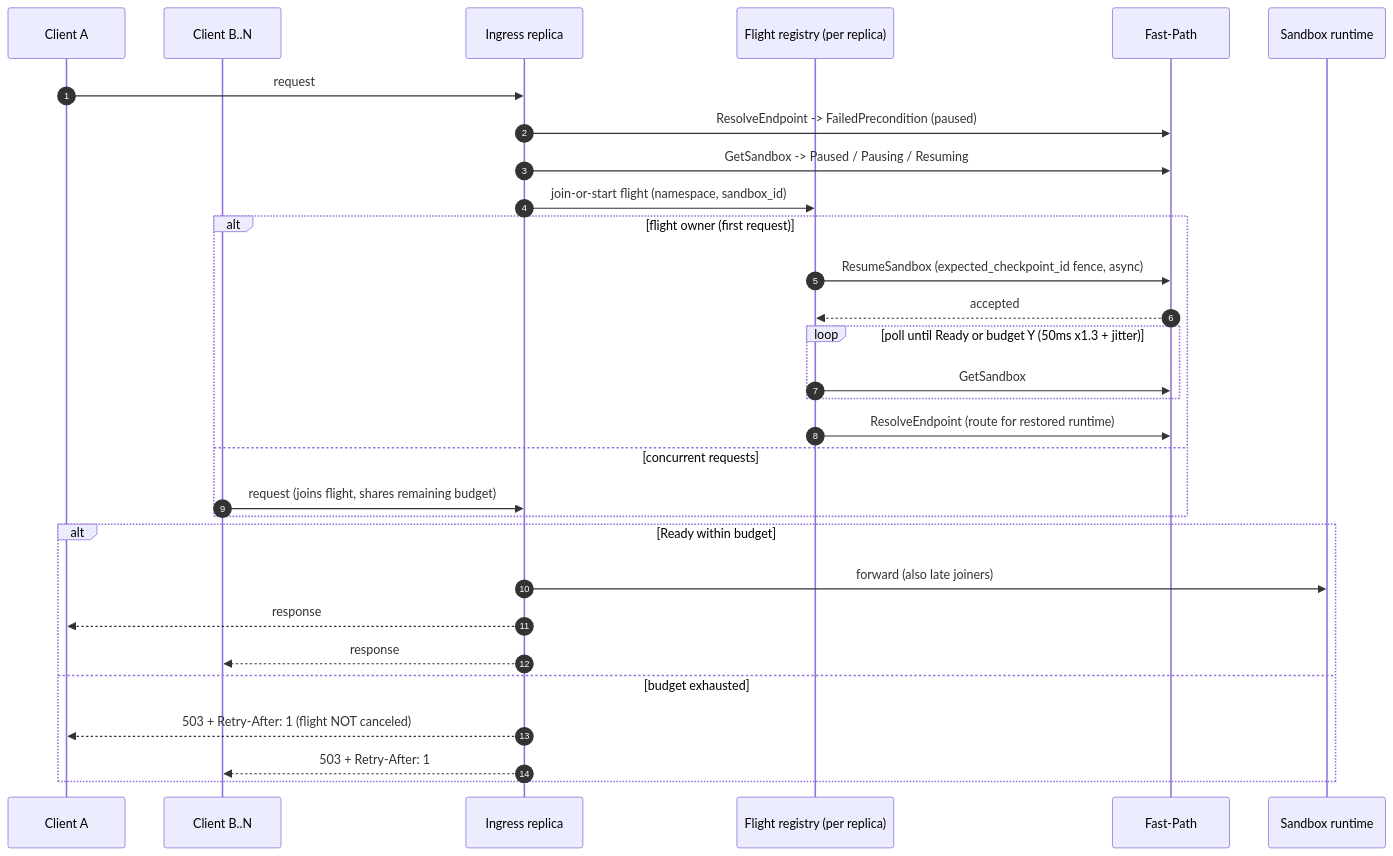
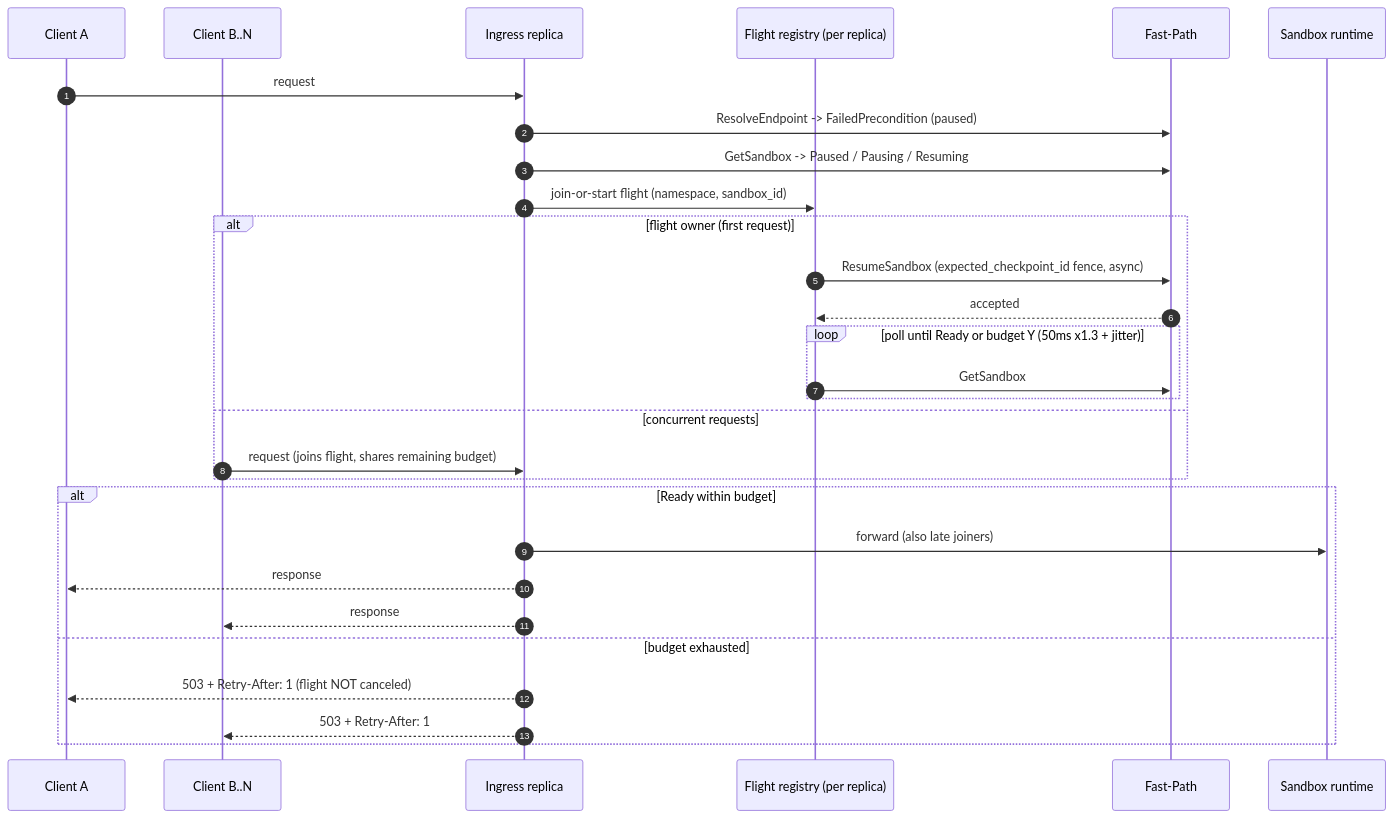
Before and after one commit to Pangjiping/OpenSandbox: the third of 3 diagrams in oseps/0024-auto-pause-and-wake-on-access-for-fast-sandbox.md, drawn with Mermaid. The commit also changed other lines of this file, not shown here.

````diff
--- a/oseps/0024-auto-pause-and-wake-on-access-for-fast-sandbox.md
+++ b/oseps/0024-auto-pause-and-wake-on-access-for-fast-sandbox.md
@@ -263,33 +263,32 @@
 ```mermaid
 sequenceDiagram
     autonumber
     participant C1 as Client A
     participant C2 as Client B..N
     participant IG as Ingress replica
     participant SF as Flight registry (per replica)
     participant FP as Fast-Path
     participant VM as Sandbox runtime
 
     C1->>IG: request
     IG->>FP: ResolveEndpoint -> FailedPrecondition (paused)
     IG->>FP: GetSandbox -> Paused / Pausing / Resuming
     IG->>SF: join-or-start flight (namespace, sandbox_id)
     alt flight owner (first request)
         SF->>FP: ResumeSandbox (expected_checkpoint_id fence, async)
         FP-->>SF: accepted
         loop poll until Ready or budget Y (50ms x1.3 + jitter)
             SF->>FP: GetSandbox
         end
-        SF->>FP: ResolveEndpoint (route for restored runtime)
     else concurrent requests
         C2->>IG: request (joins flight, shares remaining budget)
     end
     alt Ready within budget
         IG->>VM: forward (also late joiners)
         IG-->>C1: response
         IG-->>C2: response
     else budget exhausted
         IG-->>C1: 503 + Retry-After: 1 (flight NOT canceled)
         IG-->>C2: 503 + Retry-After: 1
     end
 ```
````
